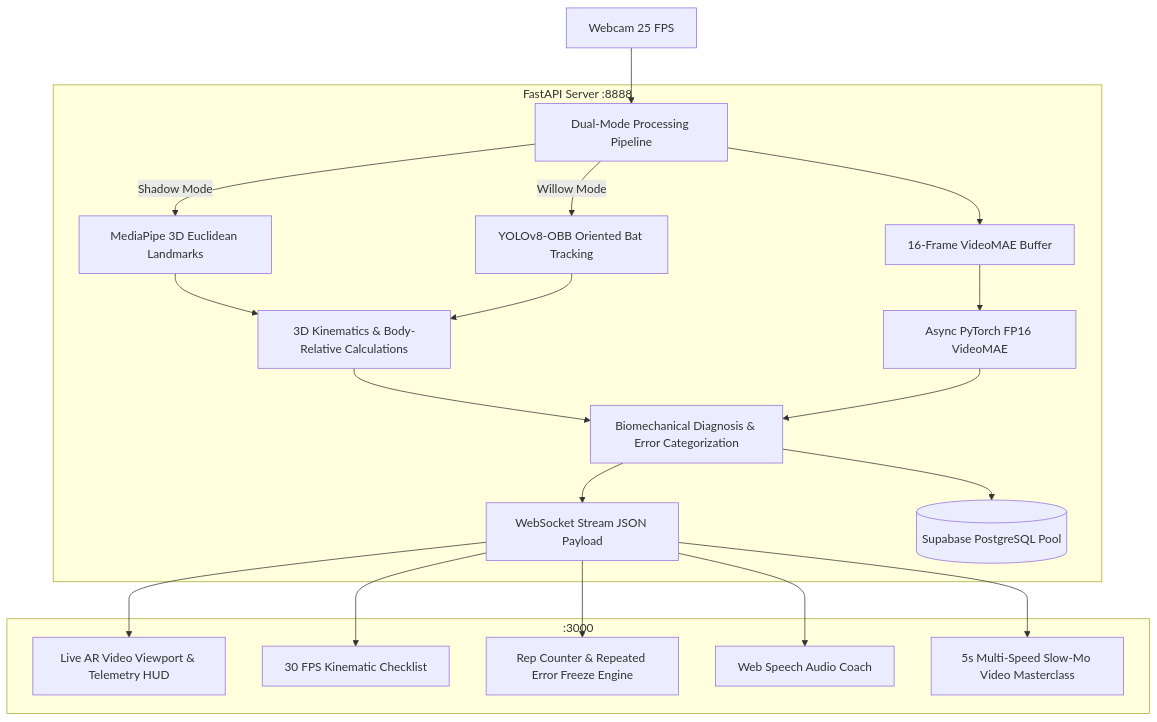
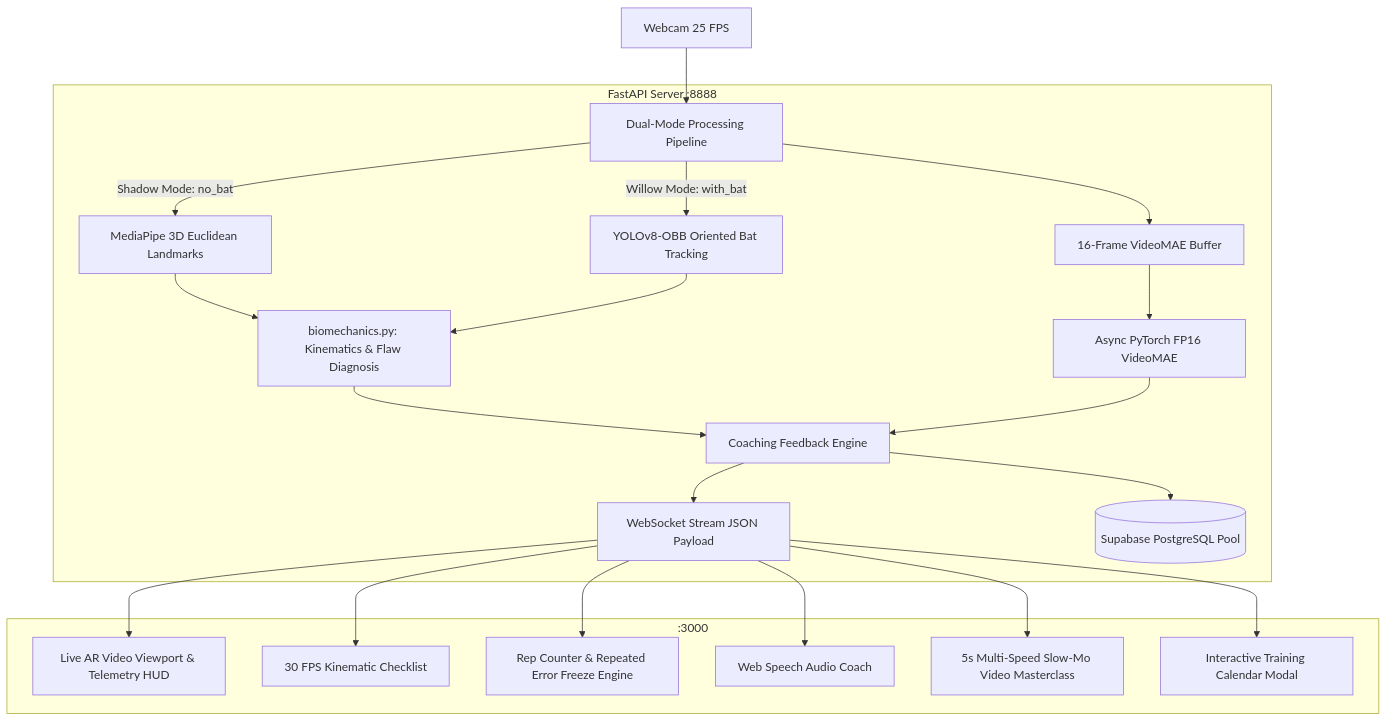
Before and after one commit to Arnavch2024/BattingCoach: the diagram in README.md, drawn with Mermaid. The commit also changed other lines of this file, not shown here.

Commit message:
docs: comprehensive update to README.md covering biomechanics citations, dual practice modes, test suite, security hardening, and CI/CD

````diff
--- a/README.md
+++ b/README.md
@@ -114,25 +131,26 @@
 ```mermaid
 graph TD
     A[Webcam 25 FPS] --> B[Dual-Mode Processing Pipeline]
     
     subgraph AI Backend [FastAPI Server :8888]
-        B -->|Shadow Mode| C[MediaPipe 3D Euclidean Landmarks]
-        B -->|Willow Mode| D[YOLOv8-OBB Oriented Bat Tracking]
-        C --> E[3D Kinematics & Body-Relative Calculations]
+        B -->|Shadow Mode: no_bat| C[MediaPipe 3D Euclidean Landmarks]
+        B -->|Willow Mode: with_bat| D[YOLOv8-OBB Oriented Bat Tracking]
+        C --> E[biomechanics.py: Kinematics & Flaw Diagnosis]
         D --> E
         B --> F[16-Frame VideoMAE Buffer]
         F --> G[Async PyTorch FP16 VideoMAE]
-        E --> H[Biomechanical Diagnosis & Error Categorization]
+        E --> H[Coaching Feedback Engine]
         G --> H
         H --> I[WebSocket Stream JSON Payload]
         H --> J[(Supabase PostgreSQL Pool)]
     end
     
     subgraph Next.js React Dashboard [:3000]
         I --> K[Live AR Video Viewport & Telemetry HUD]
         I --> L[30 FPS Kinematic Checklist]
         I --> M[Rep Counter & Repeated Error Freeze Engine]
         I --> N[Web Speech Audio Coach]
         I --> O[5s Multi-Speed Slow-Mo Video Masterclass]
+        I --> P[Interactive Training Calendar Modal]
     end
 ```
````
